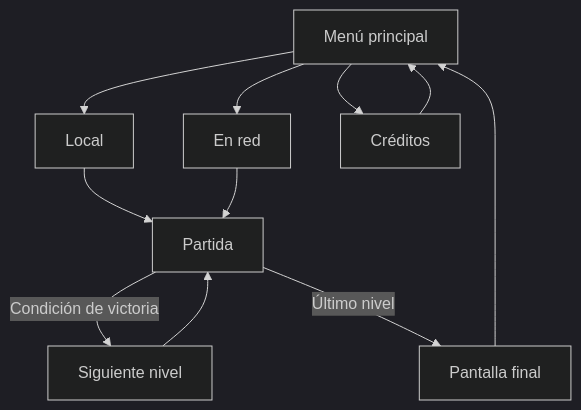
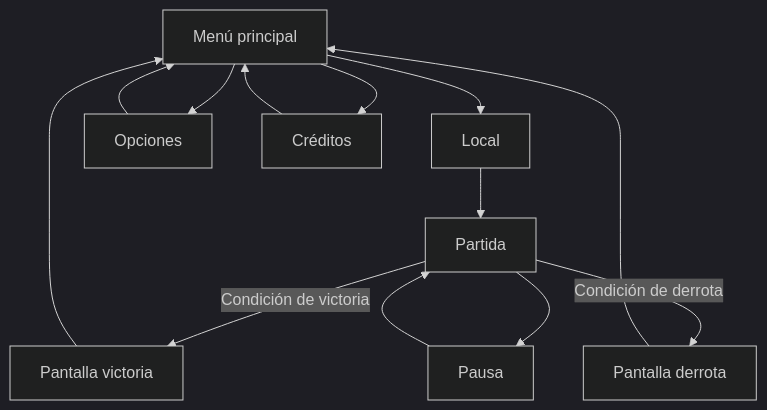
The diagram in GDD.md (YC2025H/JUEGO_EN_RED), drawn with Mermaid (dark theme) before and after one commit. The commit also changed other lines of this file and 13 other files, not shown here.

````diff
--- a/GDD.md
+++ b/GDD.md
@@ -152,14 +275,16 @@
 ```mermaid
 flowchart TD
     A[Menú principal]
     A --> B[Local]
-    A --> C[En red]
+    A --> C[Opciones]
     A --> D[Créditos]
     D --> A
     B --> E[Partida]
-    C --> E
-    E --> |Condición de victoria| F[Siguiente nivel]
-    F --> E
-    E --> |Último nivel| G[Pantalla final]
+    C --> A
+    E --> |Condición de victoria| F[Pantalla victoria]
+    E --> |Condición de derrota| G[Pantalla derrota]
+    E --> H[Pausa]
+    H --> E
+    F --> A
     G --> A
 ```
````
